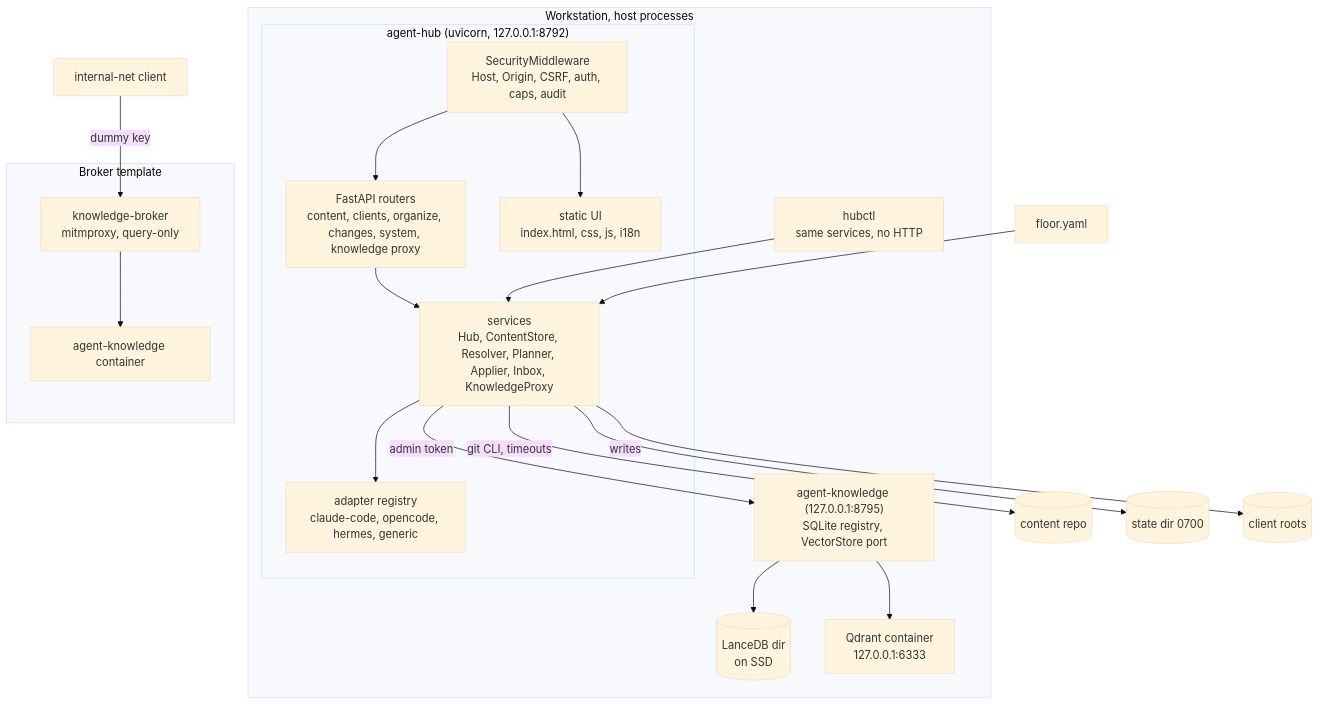
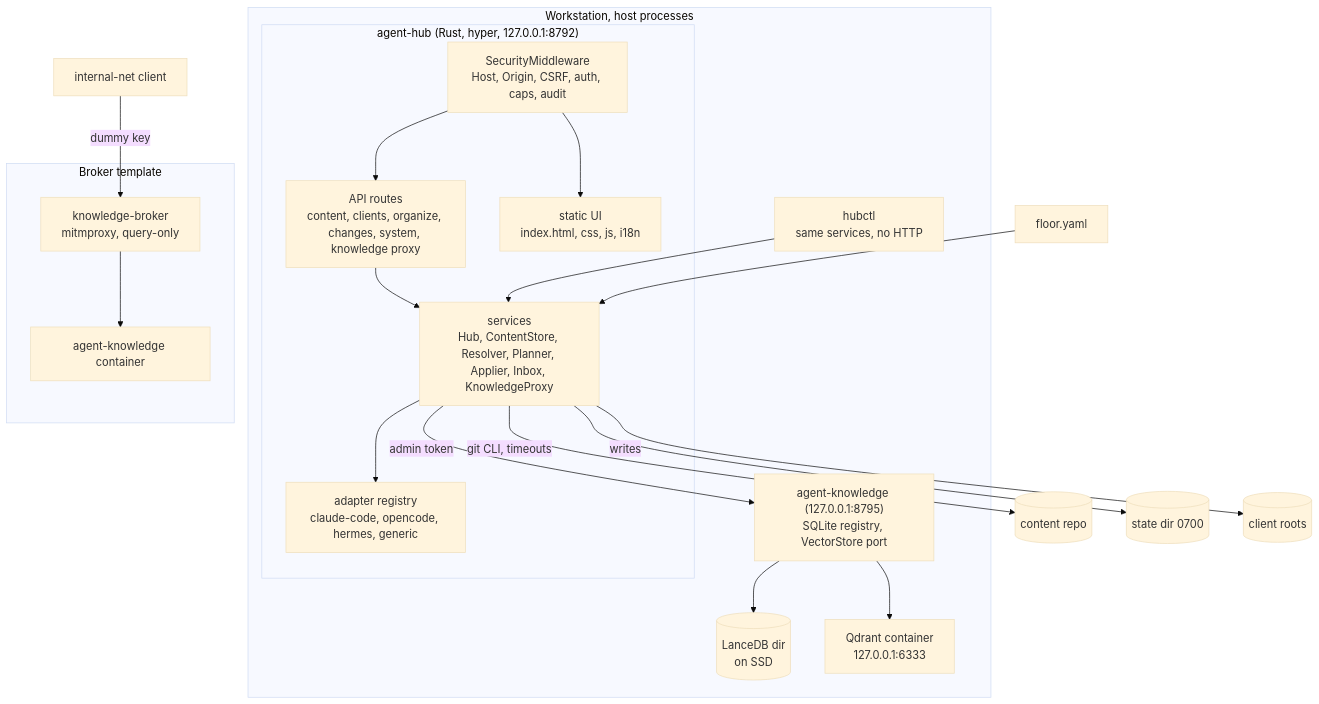
Before and after one commit to willboyden/agent-hub: the diagram in docs/diagrams/container.md, drawn with Mermaid (base theme). The commit also changed 450 other files, not shown here.

````diff
--- a/docs/diagrams/container.md
+++ b/docs/diagrams/container.md
@@ -6,33 +6,33 @@
 ```mermaid
 flowchart TB
   subgraph host["Workstation, host processes"]
-    subgraph hubp["agent-hub (uvicorn, 127.0.0.1:8792)"]
+    subgraph hubp["agent-hub (Rust, hyper, 127.0.0.1:8792)"]
       mw["SecurityMiddleware<br/>Host, Origin, CSRF, auth, caps, audit"]
-      api["FastAPI routers<br/>content, clients, organize, changes, system, knowledge proxy"]
+      api["API routes<br/>content, clients, organize, changes, system, knowledge proxy"]
       svc["services<br/>Hub, ContentStore, Resolver, Planner, Applier, Inbox, KnowledgeProxy"]
       reg["adapter registry<br/>claude-code, opencode, hermes, generic"]
       ui["static UI<br/>index.html, css, js, i18n"]
       mw --> api --> svc --> reg
       mw --> ui
     end
     cli["hubctl<br/>same services, no HTTP"]
     cli --> svc
     kp["agent-knowledge (127.0.0.1:8795)<br/>SQLite registry, VectorStore port"]
     lance[("LanceDB dir<br/>on SSD")]
     qd["Qdrant container<br/>127.0.0.1:6333"]
     kp --> lance
     kp --> qd
   end
   svc -->|"git CLI, timeouts"| repo[("content repo")]
   svc --> st[("state dir 0700")]
   svc -->|"writes"| roots[("client roots")]
   svc -->|"admin token"| kp
   pol["floor.yaml"] --> svc
 
   subgraph tmpl["Broker template"]
     br["knowledge-broker<br/>mitmproxy, query-only"]
     kc["agent-knowledge container"]
     br --> kc
   end
   cl["internal-net client"] -->|"dummy key"| br
 ```
````
